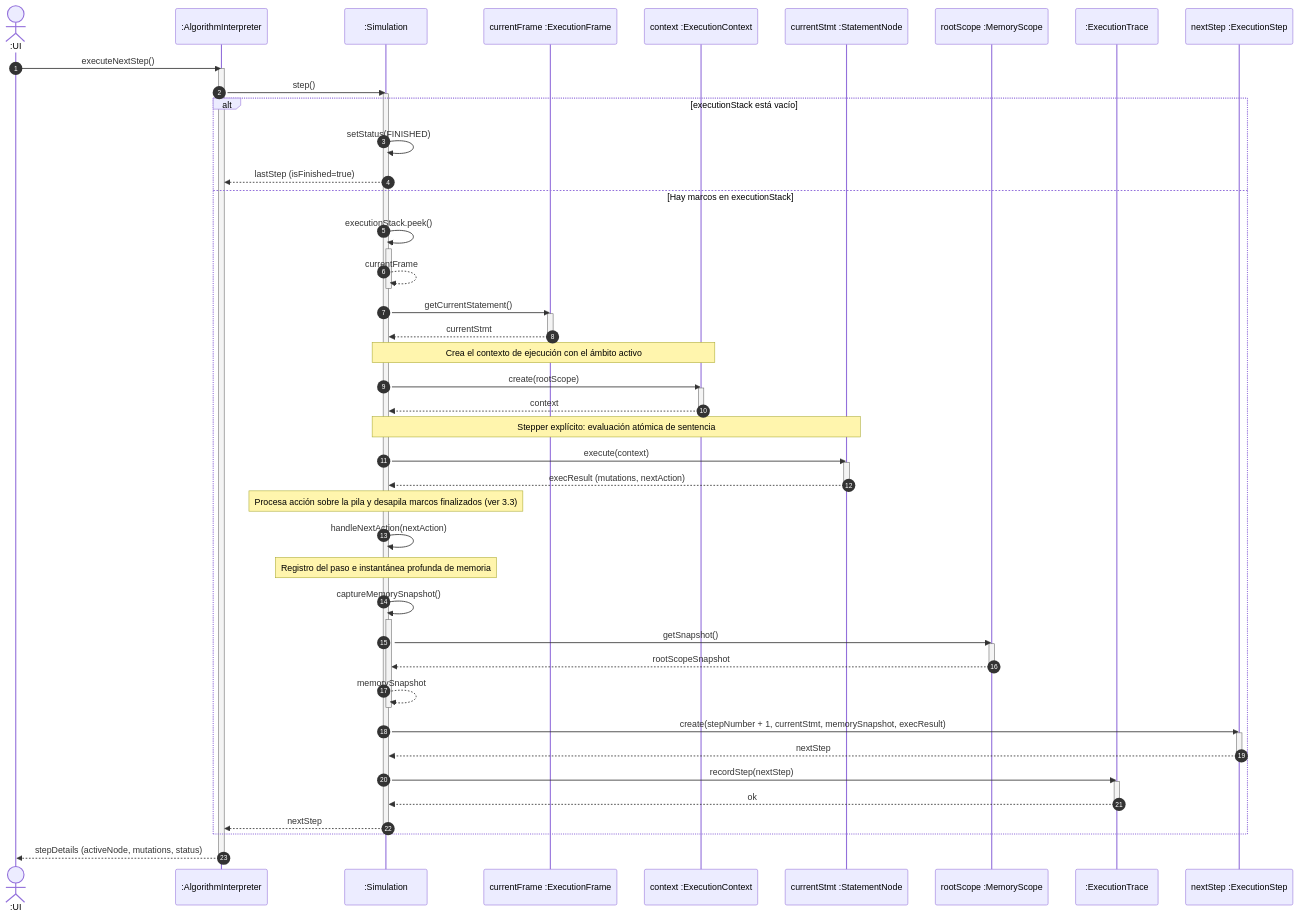
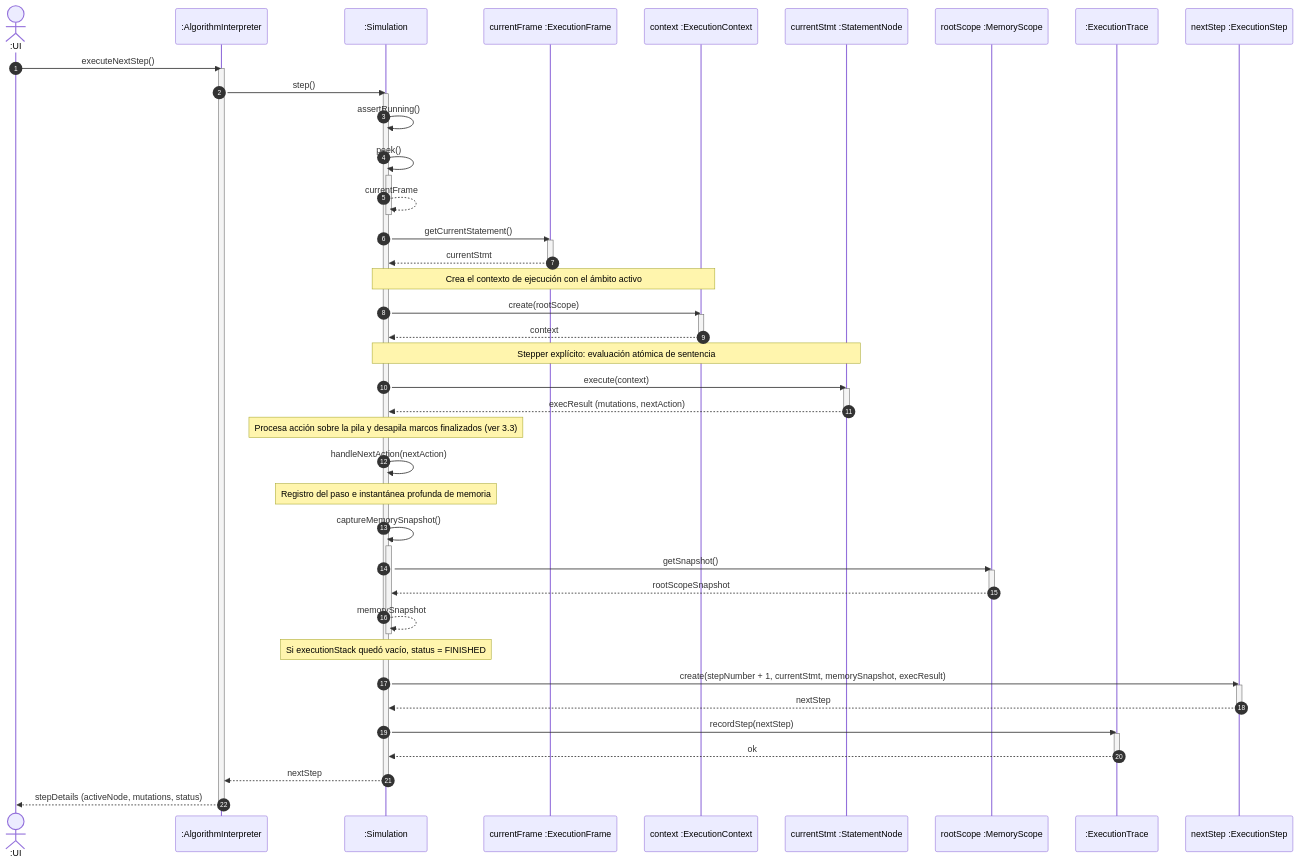
The second of 9 diagrams in docs/up/03-design/interaction-diagrams/uc02.md (CrysoK/DiagramarPWA), drawn with Mermaid before and after one commit. The commit also changed other lines of this file and 1 other file, not shown here.

Commit message:
docs(des): align UC02 design artifacts with the stepper API

````diff
--- a/docs/up/03-design/interaction-diagrams/uc02.md
+++ b/docs/up/03-design/interaction-diagrams/uc02.md
@@ -119,75 +128,74 @@
 ```mermaid
 sequenceDiagram
     autonumber
     actor UI as :UI
     participant Ctrl as :AlgorithmInterpreter
     participant Sim as :Simulation
     participant Frame as currentFrame :ExecutionFrame
     participant Ctx as context :ExecutionContext
     participant Stmt as currentStmt :StatementNode
     participant Scope as rootScope :MemoryScope
     participant Trace as :ExecutionTrace
     participant Step as nextStep :ExecutionStep
 
     UI->>Ctrl: executeNextStep()
     activate Ctrl
 
     Ctrl->>Sim: step()
     activate Sim
 
-    alt executionStack está vacío
-        Sim->>Sim: setStatus(FINISHED)
-        Sim-->>Ctrl: lastStep (isFinished=true)
-    else Hay marcos en executionStack
-        Sim->>Sim: executionStack.peek()
-        activate Sim
-        Sim-->>Sim: currentFrame
-        deactivate Sim
+    Sim->>Sim: assertRunning()
 
-        Sim->>Frame: getCurrentStatement()
-        activate Frame
-        Frame-->>Sim: currentStmt
-        deactivate Frame
+    Sim->>Sim: peek()
+    activate Sim
+    Sim-->>Sim: currentFrame
+    deactivate Sim
 
-        Note over Sim, Ctx: Crea el contexto de ejecución con el ámbito activo
-        Sim->>Ctx: create(rootScope)
-        activate Ctx
-        Ctx-->>Sim: context
-        deactivate Ctx
+    Sim->>Frame: getCurrentStatement()
+    activate Frame
+    Frame-->>Sim: currentStmt
+    deactivate Frame
 
-        Note over Sim, Stmt: Stepper explícito: evaluación atómica de sentencia
-        Sim->>Stmt: execute(context)
-        activate Stmt
-        Stmt-->>Sim: execResult (mutations, nextAction)
-        deactivate Stmt
+    Note over Sim, Ctx: Crea el contexto de ejecución con el ámbito activo
+    Sim->>Ctx: create(rootScope)
+    activate Ctx
+    Ctx-->>Sim: context
+    deactivate Ctx
 
-        Note over Sim: Procesa acción sobre la pila y desapila marcos finalizados (ver 3.3)
-        Sim->>Sim: handleNextAction(nextAction)
+    Note over Sim, Stmt: Stepper explícito: evaluación atómica de sentencia
+    Sim->>Stmt: execute(context)
+    activate Stmt
+    Stmt-->>Sim: execResult (mutations, nextAction)
+    deactivate Stmt
 
-        Note over Sim: Registro del paso e instantánea profunda de memoria
-        Sim->>Sim: captureMemorySnapshot()
-        activate Sim
-        Sim->>Scope: getSnapshot()
-        activate Scope
-        Scope-->>Sim: rootScopeSnapshot
-        deactivate Scope
-        Sim-->>Sim: memorySnapshot
-        deactivate Sim
+    Note over Sim: Procesa acción sobre la pila y desapila marcos finalizados (ver 3.3)
+    Sim->>Sim: handleNextAction(nextAction)
 
-        Sim->>Step: create(stepNumber + 1, currentStmt, memorySnapshot, execResult)
-        activate Step
-        Step-->>Sim: nextStep
-        deactivate Step
+    Note over Sim: Registro del paso e instantánea profunda de memoria
+    Sim->>Sim: captureMemorySnapshot()
+    activate Sim
+    Sim->>Scope: getSnapshot()
+    activate Scope
+    Scope-->>Sim: rootScopeSnapshot
+    deactivate Scope
+    Sim-->>Sim: memorySnapshot
+    deactivate Sim
 
-        Sim->>Trace: recordStep(nextStep)
-        activate Trace
-        Trace-->>Sim: ok
-        deactivate Trace
+    Note over Sim: Si executionStack quedó vacío, status = FINISHED
 
-        Sim-->>Ctrl: nextStep
-        deactivate Sim
-    end
+    Sim->>Step: create(stepNumber + 1, currentStmt, memorySnapshot, execResult)
+    activate Step
+    Step-->>Sim: nextStep
+    deactivate Step
+
+    Sim->>Trace: recordStep(nextStep)
+    activate Trace
+    Trace-->>Sim: ok
+    deactivate Trace
+
+    Sim-->>Ctrl: nextStep
+    deactivate Sim
 
     Ctrl-->>UI: stepDetails (activeNode, mutations, status)
     deactivate Ctrl
 ```
````
